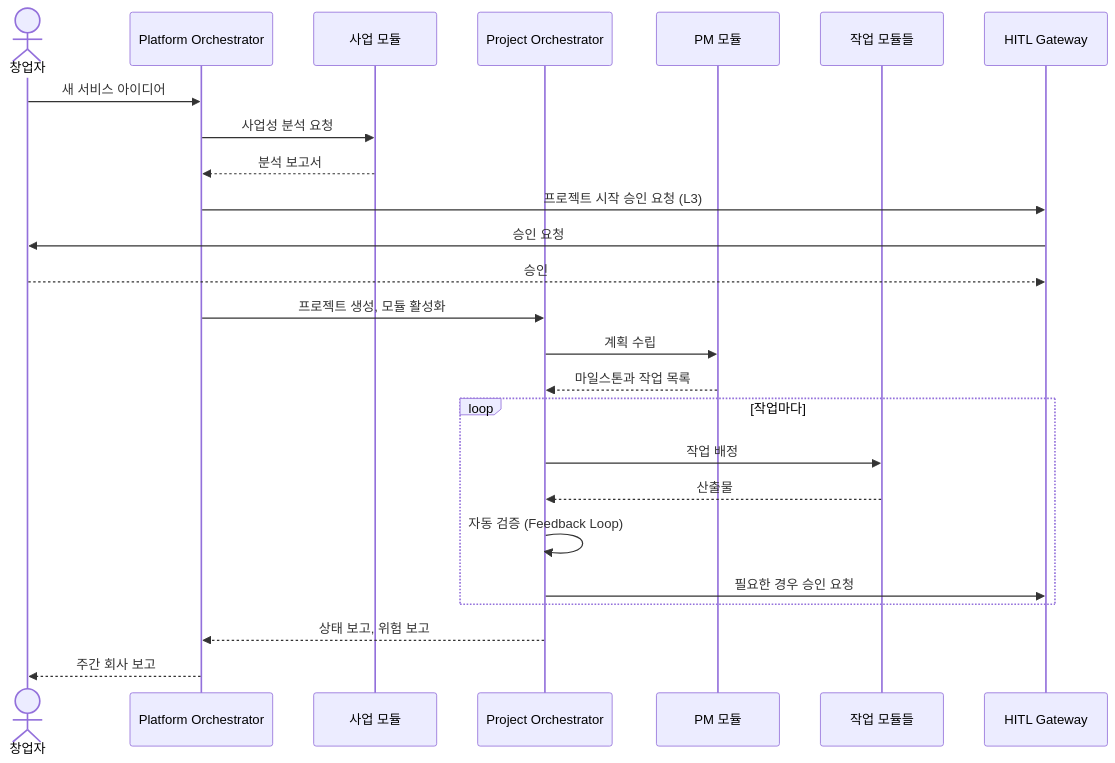
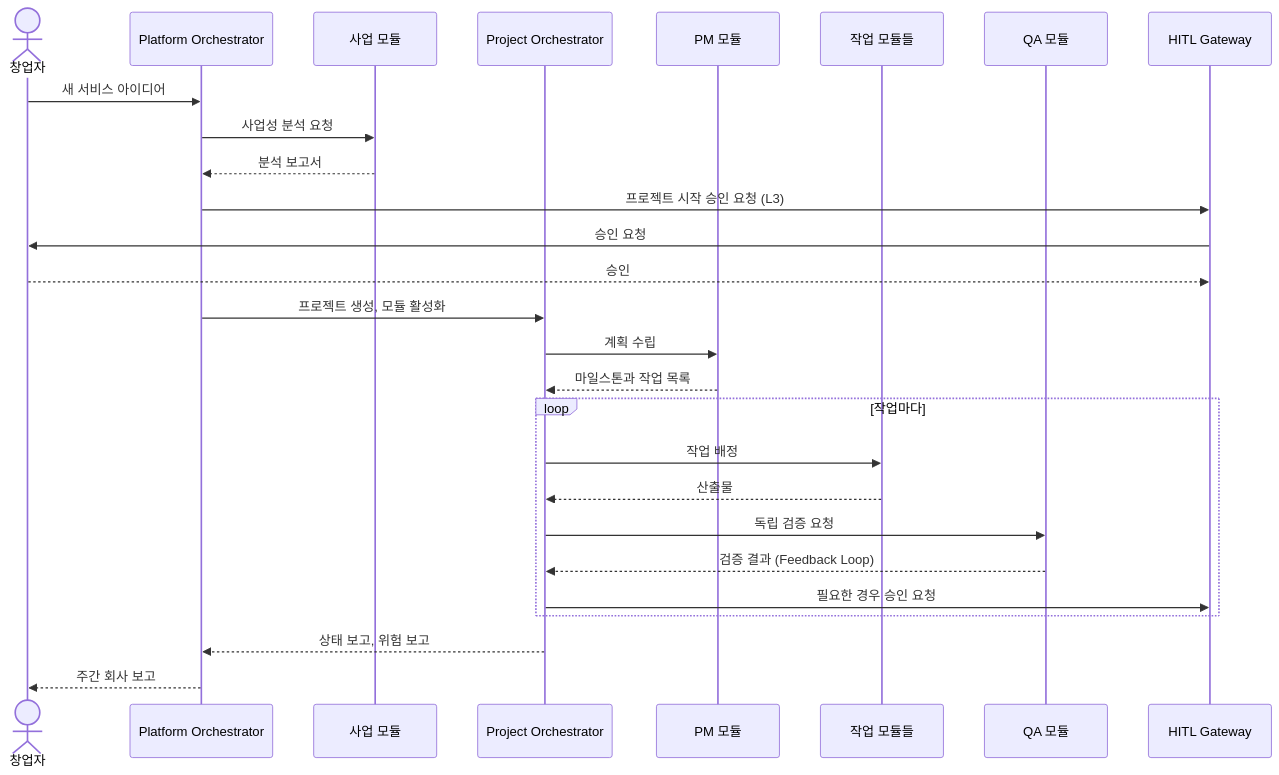
One commit to ysjee141/flywheel changed the sixth of 13 diagrams in plan-draft.md. Above: the diagram before and after it, drawn with Mermaid. The commit also changed other lines of this file and 1 other file, not shown here.

````diff
--- a/plan-draft.md
+++ b/plan-draft.md
@@ -348,28 +414,30 @@
 ```mermaid
 sequenceDiagram
   actor F as 창업자
   participant PO as Platform Orchestrator
   participant BIZ as 사업 모듈
   participant JO as Project Orchestrator
   participant PM as PM 모듈
   participant M as 작업 모듈들
+  participant Q as QA 모듈
   participant G as HITL Gateway
 
   F->>PO: 새 서비스 아이디어
   PO->>BIZ: 사업성 분석 요청
   BIZ-->>PO: 분석 보고서
   PO->>G: 프로젝트 시작 승인 요청 (L3)
   G->>F: 승인 요청
   F-->>G: 승인
   PO->>JO: 프로젝트 생성, 모듈 활성화
   JO->>PM: 계획 수립
   PM-->>JO: 마일스톤과 작업 목록
   loop 작업마다
     JO->>M: 작업 배정
     M-->>JO: 산출물
-    JO->>JO: 자동 검증 (Feedback Loop)
+    JO->>Q: 독립 검증 요청
+    Q-->>JO: 검증 결과 (Feedback Loop)
     JO->>G: 필요한 경우 승인 요청
   end
   JO-->>PO: 상태 보고, 위험 보고
   PO-->>F: 주간 회사 보고
 ```
````
